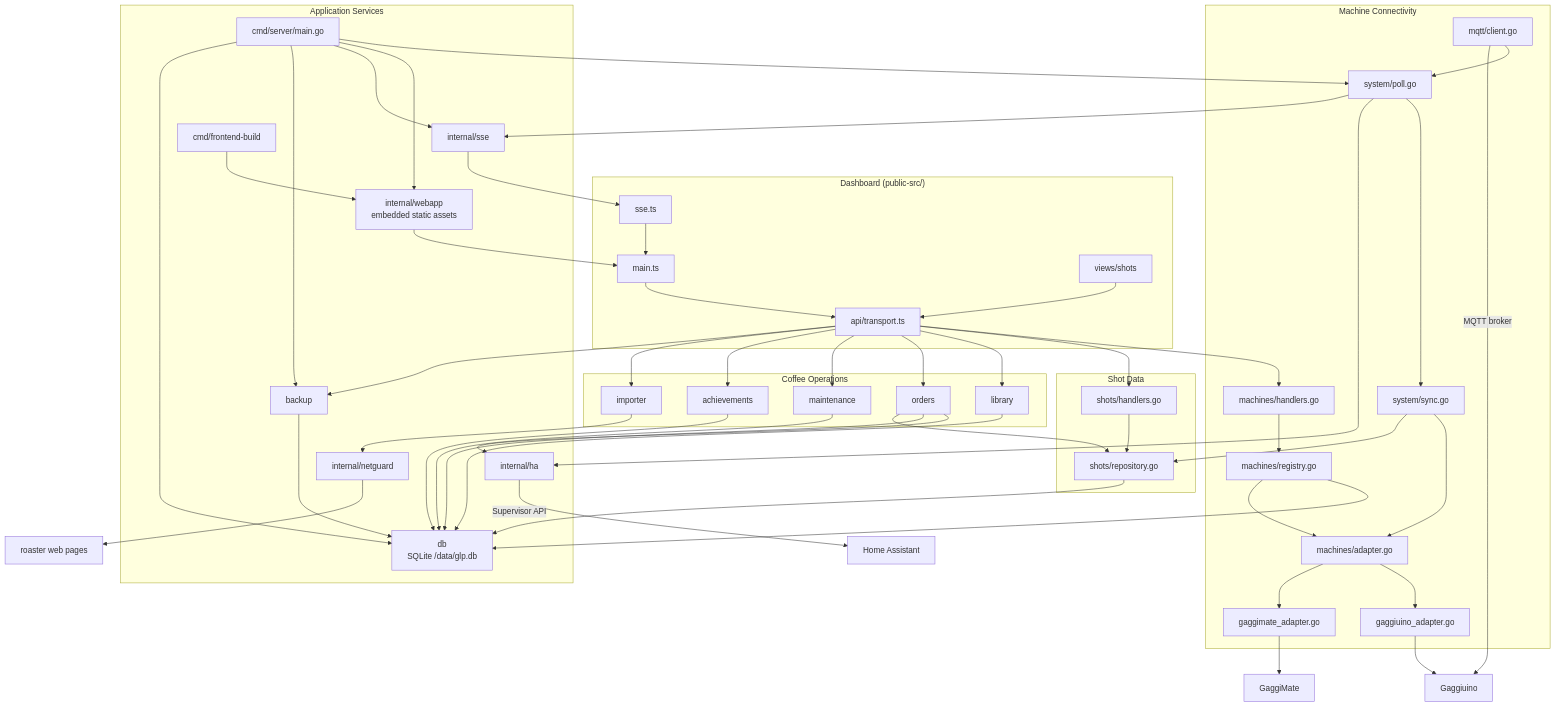
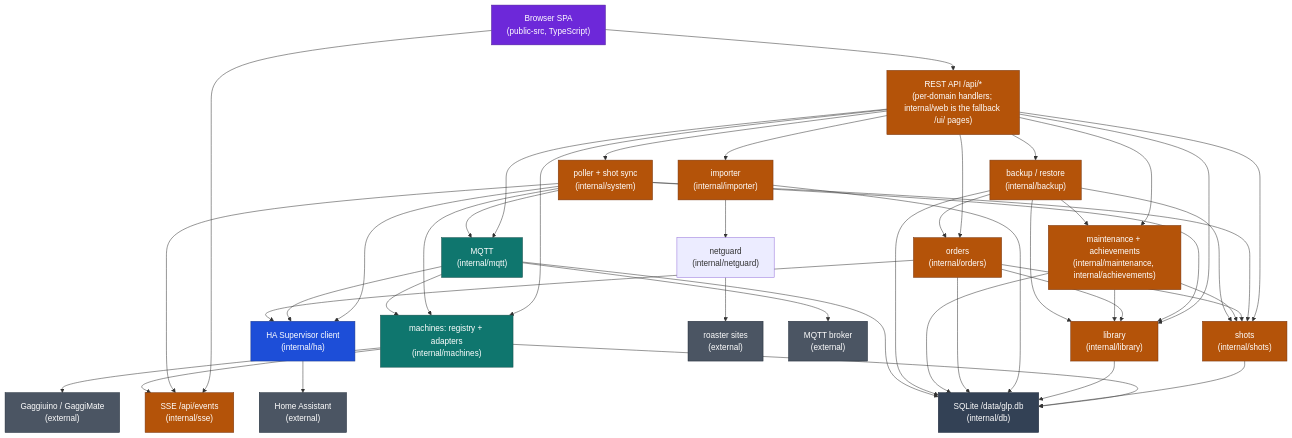
The second of 2 diagrams in README.md (mxkissnr/gaggiuino-local-profiler), drawn with Mermaid before and after one commit. The commit also changed other lines of this file and 1 other file, not shown here.

Commit message:
docs: coloured architecture diagrams, aligned dev-stats charts, updated AI note
Colour both README Mermaid diagrams with accessible classDefs (white text on saturated fills for light and dark GitHub themes) and reduce the internals one from file-level nodes to package level with a top-down layered layout. Correct the REST API label: /api/* routes come from each domain package's RegisterRoutes, and internal/web serves the frozen fallback /ui/ pages. Update the model-breakdown alt text too.

Regenerated dev-stats SVGs and DEVELOPMENT.md now come from a full fetch with all four companion repos present, and barChartSVG pins both charts to the taller natural height so they render aligned side by side.

Closes #1180

````diff
--- a/README.md
+++ b/README.md
@@ -255,89 +267,82 @@
 ```mermaid
-flowchart TD
-  subgraph dash["Dashboard (public-src/)"]
-    MAIN["main.ts"]
-    TRANSPORT["api/transport.ts"]
-    VSHOTS["views/shots"]
-    SSETS["sse.ts"]
-  end
-  subgraph mconn["Machine Connectivity"]
-    M_HANDLERS["machines/handlers.go"]
-    M_REGISTRY["machines/registry.go"]
-    M_ADAPTER["machines/adapter.go"]
-    M_GGU["gaggiuino_adapter.go"]
-    M_GMT["gaggimate_adapter.go"]
-    POLL["system/poll.go"]
-    SYNC["system/sync.go"]
-    MQTT["mqtt/client.go"]
-  end
-  subgraph sdata["Shot Data"]
-    S_HANDLERS["shots/handlers.go"]
-    S_REPO["shots/repository.go"]
-  end
-  subgraph coffee["Coffee Operations"]
-    LIB["library"]
-    IMP["importer"]
-    ORD["orders"]
-    MAINT["maintenance"]
-    ACH["achievements"]
-  end
-  subgraph appsvc["Application Services"]
-    SERVER["cmd/server/main.go"]
-    BACKUP["backup"]
-    DB["db<br/>SQLite /data/glp.db"]
-    SSE["internal/sse"]
-    HA["internal/ha"]
-    NETGUARD["internal/netguard"]
-    FB["cmd/frontend-build"]
-    WEBAPP["internal/webapp<br/>embedded static assets"]
-  end
-  EX_GGU["Gaggiuino"]
-  EX_GMT["GaggiMate"]
-  EX_HA["Home Assistant"]
-  EX_ROAST["roaster web pages"]
-  M_ADAPTER --> M_GGU
-  M_ADAPTER --> M_GMT
-  M_GGU --> EX_GGU
-  M_GMT --> EX_GMT
-  POLL --> SYNC
-  SYNC --> M_ADAPTER
-  SYNC --> S_REPO
-  S_REPO --> DB
-  MQTT --> POLL
-  MQTT -->|"MQTT broker"| EX_GGU
-  M_HANDLERS --> M_REGISTRY
-  M_REGISTRY --> DB
-  M_REGISTRY --> M_ADAPTER
-  IMP --> NETGUARD
-  NETGUARD --> EX_ROAST
+flowchart TB
+  SPA["Browser SPA<br/>(public-src, TypeScript)"]
+
+  API["REST API /api/*<br/>(per-domain handlers; internal/web is the fallback /ui/ pages)"]
+  SSE["SSE /api/events<br/>(internal/sse)"]
+
+  POLL["poller + shot sync<br/>(internal/system)"]
+  MQTT["MQTT<br/>(internal/mqtt)"]
+  MACH["machines: registry + adapters<br/>(internal/machines)"]
+  SHOTS["shots<br/>(internal/shots)"]
+  LIB["library<br/>(internal/library)"]
+  IMP["importer<br/>(internal/importer)"]
+  ORD["orders<br/>(internal/orders)"]
+  MAINT["maintenance + achievements<br/>(internal/maintenance, internal/achievements)"]
+  BACKUP["backup / restore<br/>(internal/backup)"]
+  NET["netguard<br/>(internal/netguard)"]
+
+  DB["SQLite /data/glp.db<br/>(internal/db)"]
+  HA["HA Supervisor client<br/>(internal/ha)"]
+
+  EX_MACH["Gaggiuino / GaggiMate<br/>(external)"]
+  EX_HA["Home Assistant<br/>(external)"]
+  EX_ROAST["roaster sites<br/>(external)"]
+  EX_MQTT["MQTT broker<br/>(external)"]
+
+  SPA --> API
+  SPA --> SSE
+  API --> POLL
+  API --> MQTT
+  API --> MACH
+  API --> SHOTS
+  API --> LIB
+  API --> IMP
+  API --> ORD
+  API --> MAINT
+  API --> BACKUP
+  POLL --> MACH
+  POLL --> SHOTS
+  POLL --> LIB
+  POLL --> SSE
+  POLL --> HA
+  POLL --> MQTT
+  MQTT --> MACH
+  MQTT --> HA
+  MQTT --> EX_MQTT
+  MACH --> EX_MACH
+  MACH --> SSE
+  IMP --> NET
+  NET --> EX_ROAST
+  MACH --> DB
+  SHOTS --> DB
+  LIB --> DB
+  IMP --> DB
+  ORD --> DB
+  MAINT --> DB
+  BACKUP --> DB
+  MQTT --> DB
+  ORD --> SHOTS
+  ORD --> LIB
   ORD --> HA
-  POLL --> HA
-  HA -->|"Supervisor API"| EX_HA
-  POLL --> SSE
-  SSE --> SSETS
-  SSETS --> MAIN
-  FB --> WEBAPP
-  WEBAPP --> MAIN
-  MAIN --> TRANSPORT
-  VSHOTS --> TRANSPORT
-  TRANSPORT --> M_HANDLERS
-  TRANSPORT --> S_HANDLERS
-  TRANSPORT --> LIB
-  TRANSPORT --> ORD
-  TRANSPORT --> MAINT
-  TRANSPORT --> ACH
-  TRANSPORT --> IMP
-  TRANSPORT --> BACKUP
-  S_HANDLERS --> S_REPO
-  SERVER --> POLL
-  SERVER --> WEBAPP
-  SERVER --> SSE
-  SERVER --> BACKUP
-  SERVER --> DB
-  ORD --> DB
-  ORD --> S_REPO
-  LIB --> DB
-  MAINT --> DB
-  ACH --> DB
-  BACKUP --> DB
+  MAINT --> SHOTS
+  MAINT --> LIB
+  BACKUP --> SHOTS
+  BACKUP --> LIB
+  BACKUP --> ORD
+  BACKUP --> MAINT
+  HA --> EX_HA
+
+  classDef app fill:#b45309,stroke:#78350f,color:#fff
+  classDef machine fill:#0f766e,stroke:#134e4a,color:#fff
+  classDef ha fill:#1d4ed8,stroke:#1e3a8a,color:#fff
+  classDef fe fill:#6d28d9,stroke:#4c1d95,color:#fff
+  classDef store fill:#334155,stroke:#1e293b,color:#fff
+  classDef ext fill:#4b5563,stroke:#1f2937,color:#fff
+  class SPA fe
+  class API,SSE,POLL,SHOTS,LIB,IMP,ORD,MAINT,BACKUP app
+  class MACH,MQTT machine
+  class DB store
+  class HA ha
+  class EX_MACH,EX_HA,EX_ROAST,EX_MQTT ext
 ```
````
